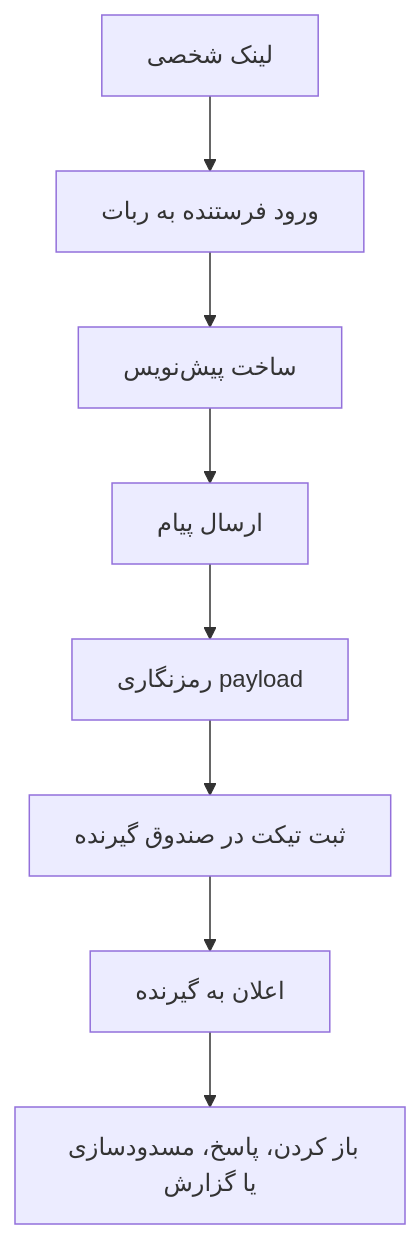
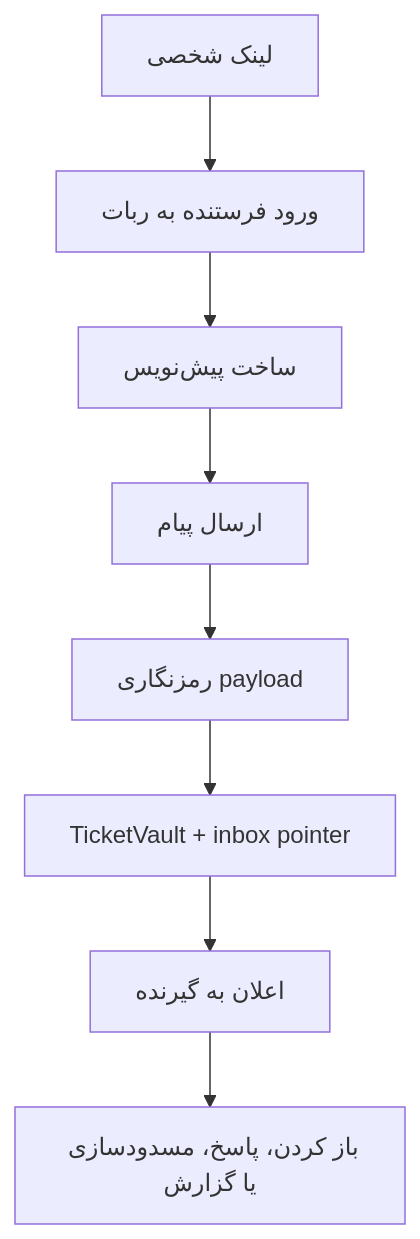
Before and after one commit to mohetios/mohetios.dev: the first of 3 diagrams in content/fa/blog/building-nekonymous-anonymous-telegram-bot.md, drawn with Mermaid. The commit also changed other lines of this file and 4 other files, not shown here.

First line of the commit message:
Align Nekonymous lab and blog with V1 architecture and terminology.

````diff
--- a/content/fa/blog/building-nekonymous-anonymous-telegram-bot.md
+++ b/content/fa/blog/building-nekonymous-anonymous-telegram-bot.md
@@ -93,10 +94,10 @@
 ```mermaid
 flowchart TD
   A[لینک شخصی] --> B[ورود فرستنده به ربات]
   B --> C[ساخت پیش‌نویس]
   C --> D[ارسال پیام]
   D --> E[رمزنگاری payload]
-  E --> F[ثبت تیکت در صندوق گیرنده]
+  E --> F[TicketVault + inbox pointer]
   F --> G[اعلان به گیرنده]
   G --> H[باز کردن، پاسخ، مسدودسازی یا گزارش]
 ```
````
